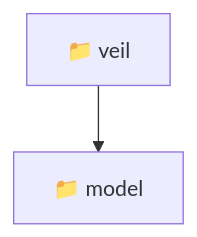
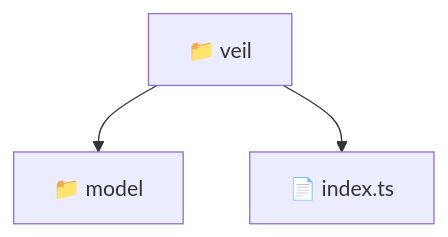
Before and after one commit to beginwebdev2002/fullstack-mavluda: the diagram in frontend/src/features/veil/README.md, drawn with Mermaid. The commit also changed other lines of this file and 157 other files, not shown here.

First line of the commit message:
docs: generate localized readmes for architectural transparency

````diff
--- a/frontend/src/features/veil/README.md
+++ b/frontend/src/features/veil/README.md
@@ -11,5 +11,6 @@
 ```mermaid
 graph TD
   veil["📁 veil"]
-  veil --> model["📁 model"]
+  veil --> veil_model["📁 model"]
+  veil --> veil_index_ts["📄 index.ts"]
 ```
````
